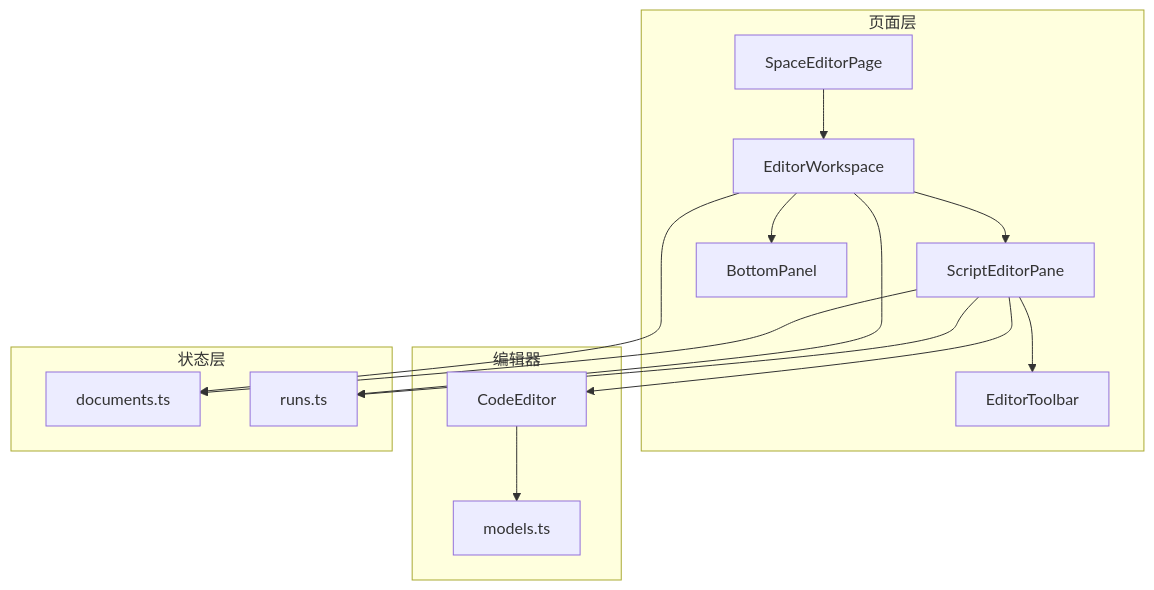
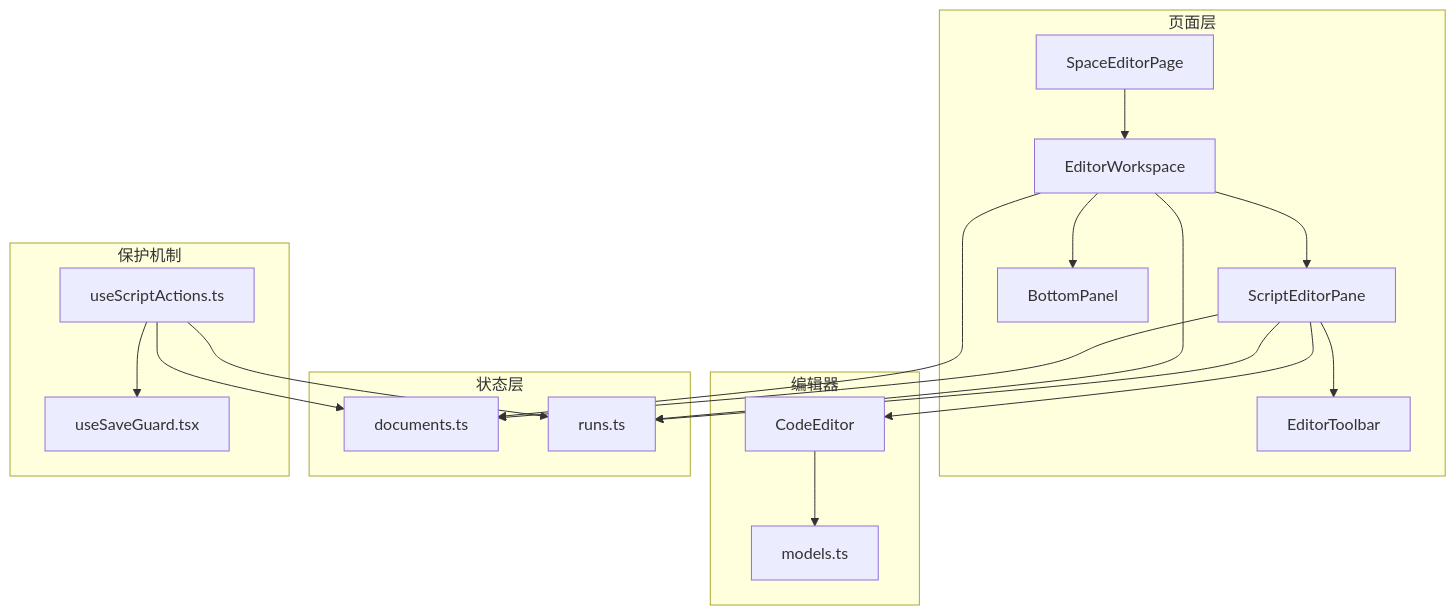
The first of 13 diagrams in .qoder/repowiki/zh/content/前端应用架构/页面组件/脚本编辑器页面/脚本编辑器页面.md (hozeeee/script-box), drawn with Mermaid before and after one commit. The commit also changed other lines of this file and 76 other files, not shown here.

````diff
--- a/.qoder/repowiki/zh/content/前端应用架构/页面组件/脚本编辑器页面/脚本编辑器页面.md
+++ b/.qoder/repowiki/zh/content/前端应用架构/页面组件/脚本编辑器页面/脚本编辑器页面.md
@@ -47,28 +58,35 @@
 ```mermaid
 graph TB
 subgraph "页面层"
 SEP["SpaceEditorPage"]
 EWS["EditorWorkspace"]
 SEP_Pane["ScriptEditorPane"]
 Toolbar["EditorToolbar"]
 Bottom["BottomPanel"]
 end
 subgraph "编辑器"
 CE["CodeEditor"]
 Models["models.ts"]
 end
 subgraph "状态层"
 Docs["documents.ts"]
 Runs["runs.ts"]
 end
+subgraph "保护机制"
+SG["useSaveGuard.tsx"]
+SA["useScriptActions.ts"]
+end
 SEP --> EWS
 EWS --> SEP_Pane
 SEP_Pane --> Toolbar
 SEP_Pane --> CE
 EWS --> Bottom
 CE --> Models
 SEP_Pane --> Docs
 SEP_Pane --> Runs
 EWS --> Docs
 EWS --> Runs
+SA --> SG
+SA --> Docs
+SA --> Runs
 ```
````
